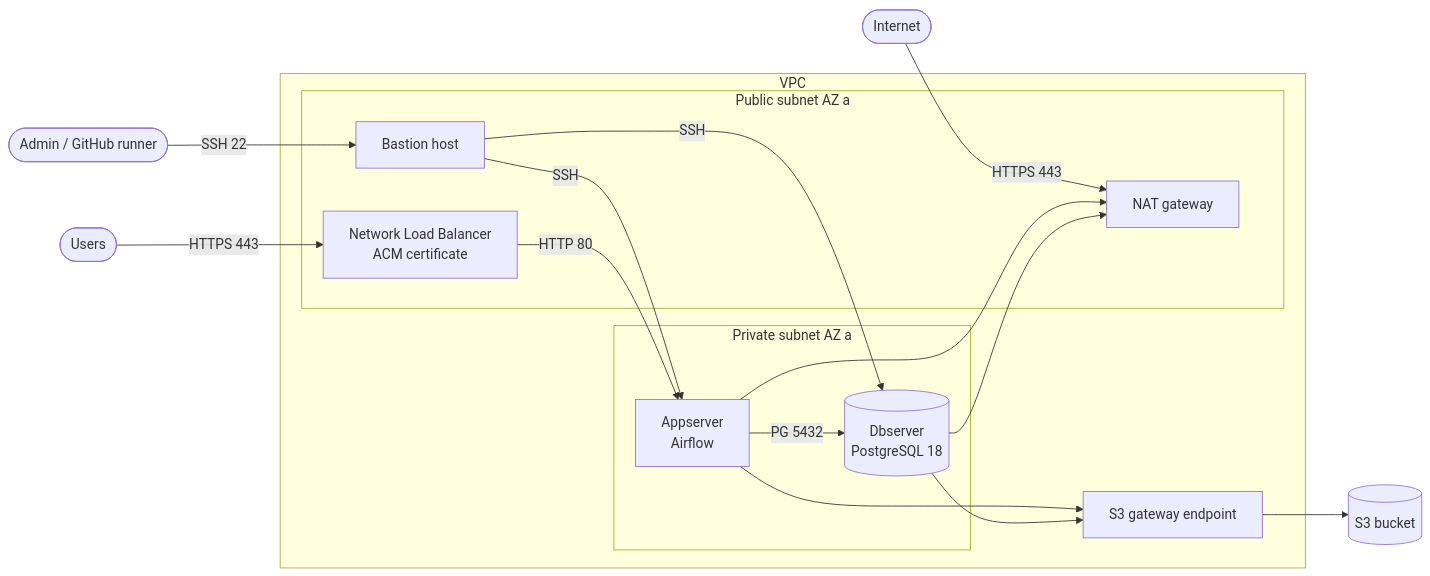
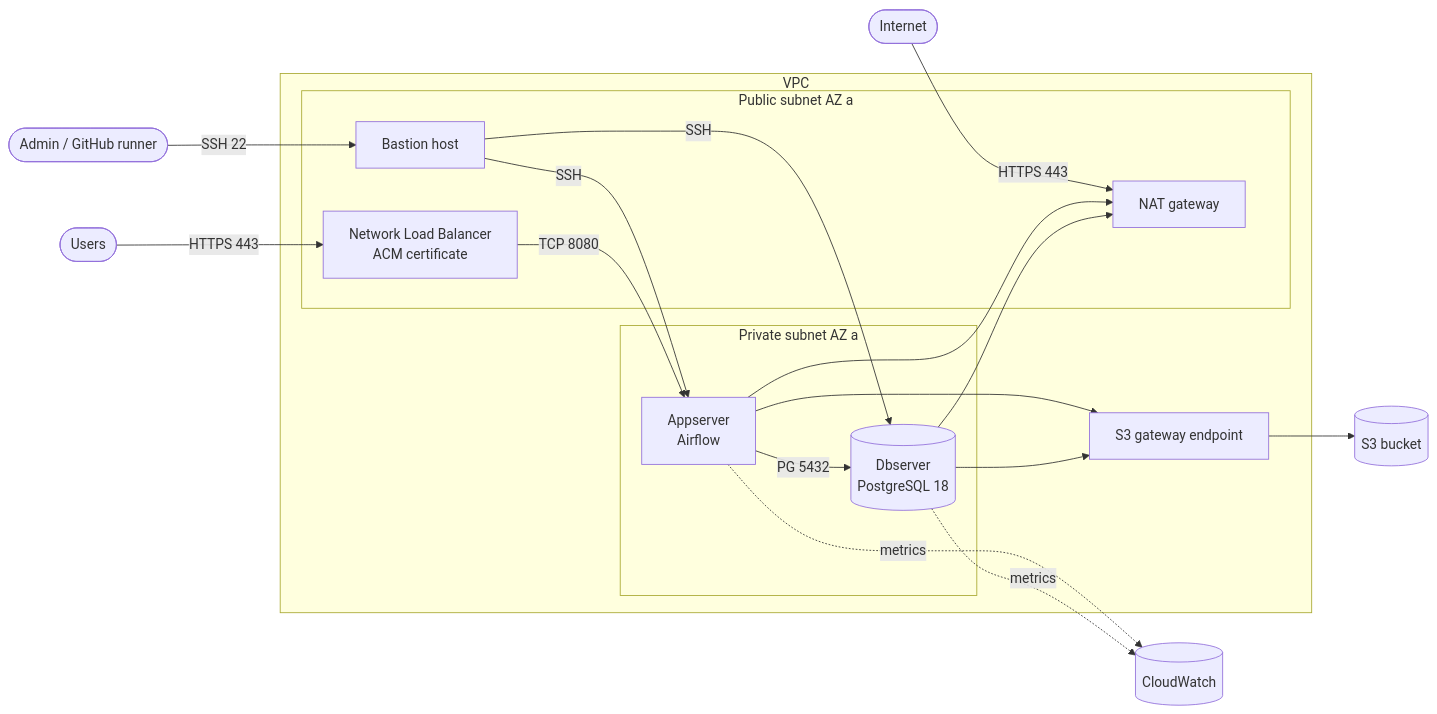
Before and after one commit to axel-stage/aws-iac-pipeline: the diagram in README.md, drawn with Mermaid. The commit also changed other lines of this file, not shown here.

````diff
--- a/README.md
+++ b/README.md
@@ -42,26 +45,27 @@
 ```mermaid
 flowchart LR
     admin([Admin / GitHub runner]) -- "SSH 22" --> bastion
     user([Users]) -- "HTTPS 443" --> nlb
     internet([Internet]) -- "HTTPS 443" --> nat
 
     subgraph vpc [VPC]
         subgraph public [Public subnet AZ a]
             bastion[Bastion host]
             nat[NAT gateway]
             nlb[Network Load Balancer<br/>ACM certificate]
         end
         subgraph private [Private subnet AZ a]
             app[Appserver<br/>Airflow]
             db[(Dbserver<br/>PostgreSQL 18)]
         end
         s3ep[S3 gateway endpoint]
     end
 
     bastion -- SSH --> app
     bastion -- SSH --> db
-    nlb -- HTTP 80 --> app
+    nlb -- TCP 8080 --> app
     app -- PG 5432 --> db
     app & db --> nat
     app & db --> s3ep --> s3[(S3 bucket)]
+    app & db -. metrics .-> cw[(CloudWatch)]
 ```
````
